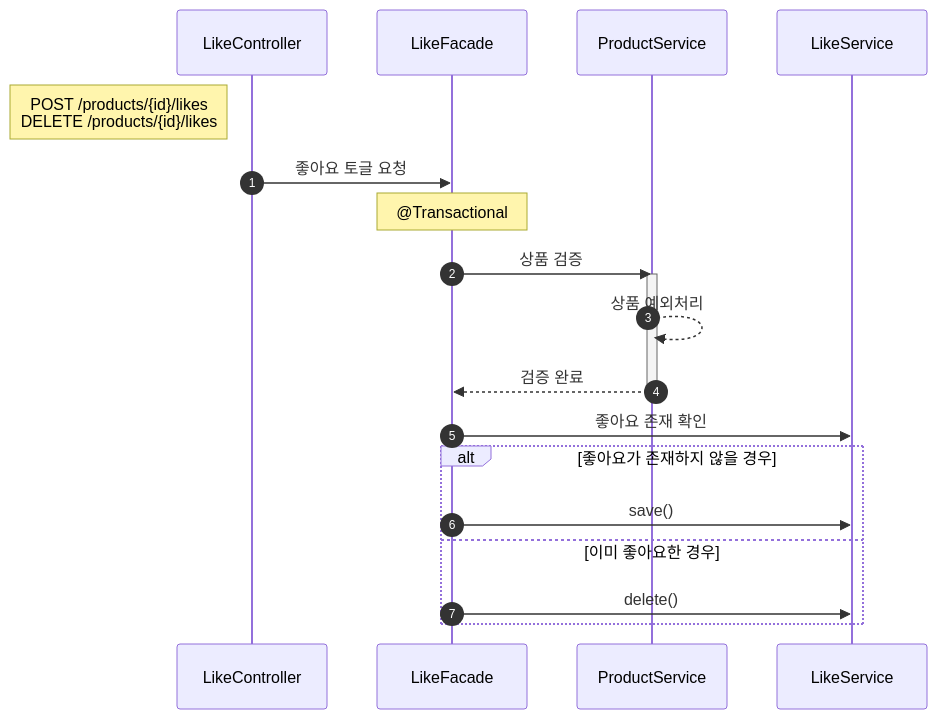
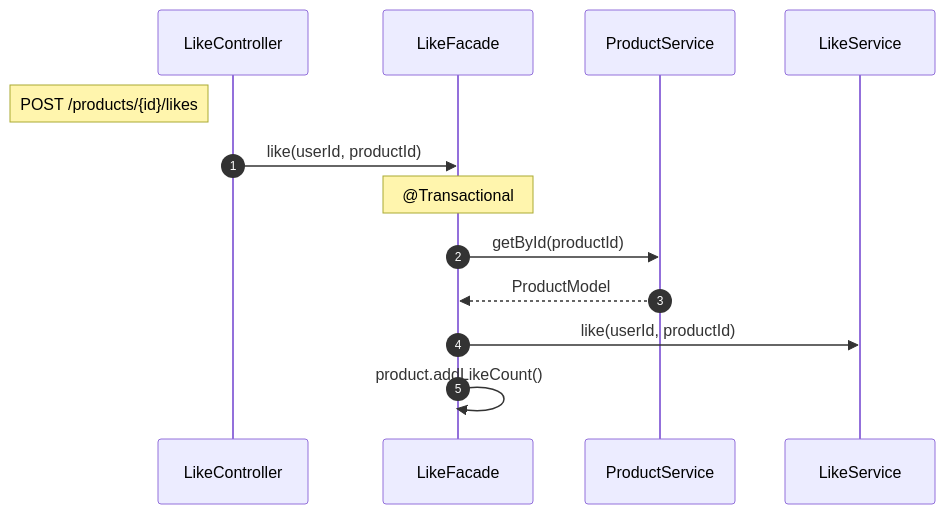
One commit to plan11plan/loop-pack-be-l2-vol3-java changed the first of 4 diagrams in docs/design/like/DESIGN.md. Above: the diagram before and after it, drawn with Mermaid. The commit also changed other lines of this file, not shown here.

Commit message:
docs: 좋아요 설계 문서 like/unlike 분리 반영

````diff
--- a/docs/design/like/DESIGN.md
+++ b/docs/design/like/DESIGN.md
@@ -76,28 +78,20 @@
 ```mermaid
 sequenceDiagram
     autonumber
 
     participant LC as LikeController
     participant LF as LikeFacade
     participant PS as ProductService
     participant LS as LikeService
 
-    Note left of LC: POST /products/{id}/likes<br/>DELETE /products/{id}/likes
+    Note left of LC: POST /products/{id}/likes
 
-    LC->>LF: 좋아요 토글 요청
+    LC->>LF: like(userId, productId)
 
     Note over LF: @Transactional
-    LF->>PS: 상품 검증
-    activate PS
-    PS-->>PS: 상품 예외처리
-    PS-->>LF: 검증 완료
-    deactivate PS
+    LF->>PS: getById(productId)
+    PS-->>LF: ProductModel
 
-    LF->>LS: 좋아요 존재 확인
-
-    alt 좋아요가 존재하지 않을 경우
-        LF->>LS: save()
-    else 이미 좋아요한 경우
-        LF->>LS: delete()
-    end
+    LF->>LS: like(userId, productId)
+    LF->>LF: product.addLikeCount()
 ```
````
